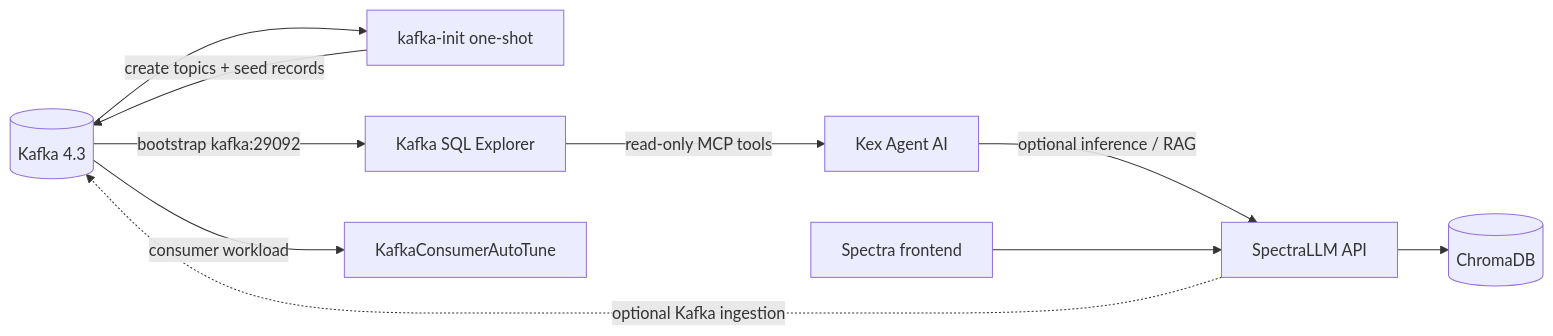
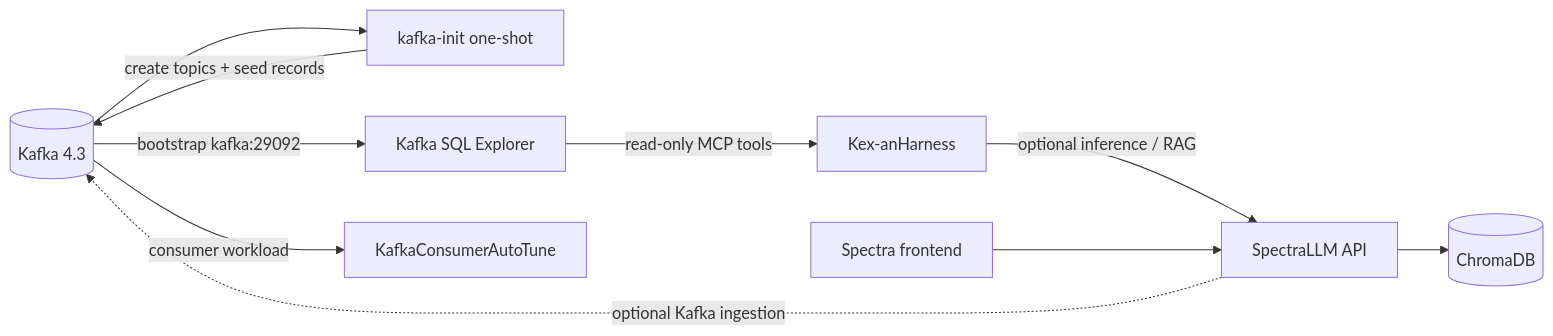
One commit to devdownin/Kex-Lab changed the first of 2 diagrams in docs/ARCHITECTURE.md. Above: the diagram before and after it, drawn with Mermaid. The commit also changed other lines of this file and 12 other files, not shown here.

Commit message:
docs: align Kex Lab with Kex-anHarness repository rename

````diff
--- a/docs/ARCHITECTURE.md
+++ b/docs/ARCHITECTURE.md
@@ -9,12 +9,12 @@
 ```mermaid
 flowchart LR
     K[(Kafka 4.3)] --> I[kafka-init one-shot]
     I -->|create topics + seed records| K
     K -->|bootstrap kafka:29092| E[Kafka SQL Explorer]
     K -->|consumer workload| T[KafkaConsumerAutoTune]
-    E -->|read-only MCP tools| A[Kex Agent AI]
+    E -->|read-only MCP tools| A[Kex-anHarness]
     A -->|optional inference / RAG| S[SpectraLLM API]
     SF[Spectra frontend] --> S
     S --> C[(ChromaDB)]
     S -. optional Kafka ingestion .-> K
 ```
````
